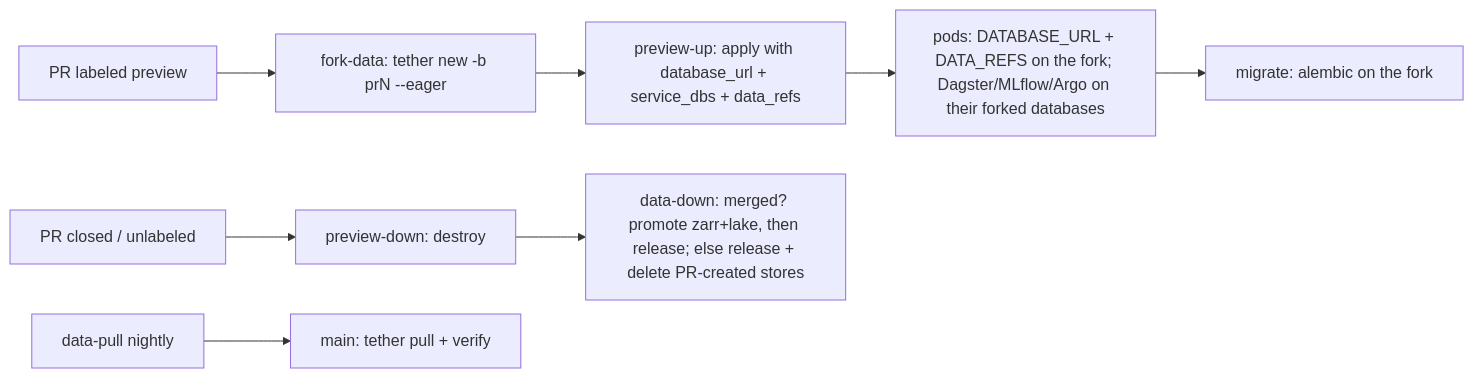
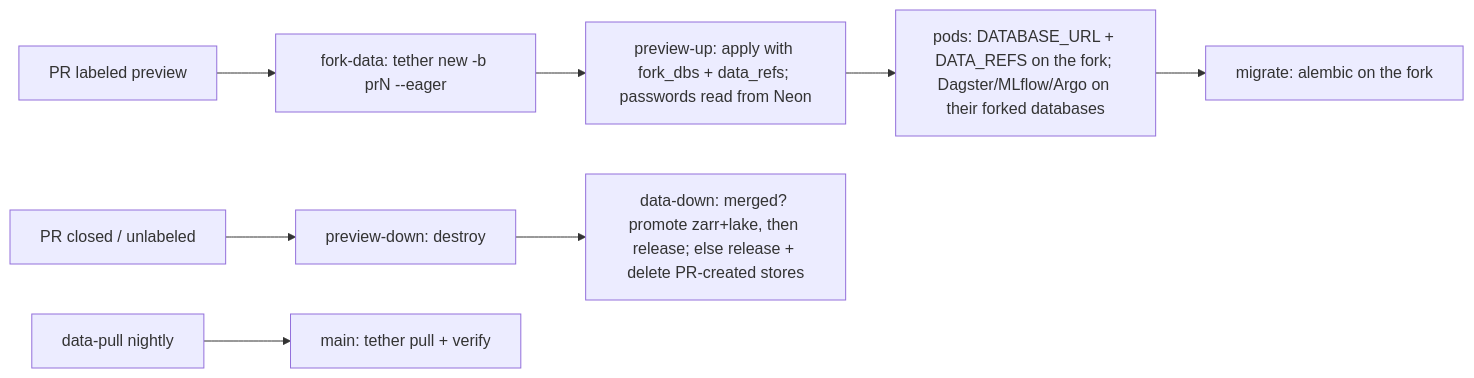
Before and after one commit to Rosebud-Biosciences/lab-platform-template-app: the second of 2 diagrams in README.md, drawn with Mermaid. The commit also changed other lines of this file and 7 other files, not shown here.

Commit message:
tether mode: hand the preview stack no passwords; it reads the fork's from Neon

````diff
--- a/README.md
+++ b/README.md
@@ -373,10 +373,10 @@
 ```mermaid
 flowchart LR
   Label[PR labeled preview] --> Fork[fork-data: tether new -b prN --eager]
-  Fork --> Up[preview-up: apply with database_url + service_dbs + data_refs]
+  Fork --> Up[preview-up: apply with fork_dbs + data_refs; passwords read from Neon]
   Up --> Pods[pods: DATABASE_URL + DATA_REFS on the fork; Dagster/MLflow/Argo on their forked databases]
   Pods --> Migrate[migrate: alembic on the fork]
   Close[PR closed / unlabeled] --> Destroy[preview-down: destroy]
   Destroy --> DataDown[data-down: merged? promote zarr+lake, then release; else release + delete PR-created stores]
   Nightly[data-pull nightly] --> Main[main: tether pull + verify]
 ```
````
